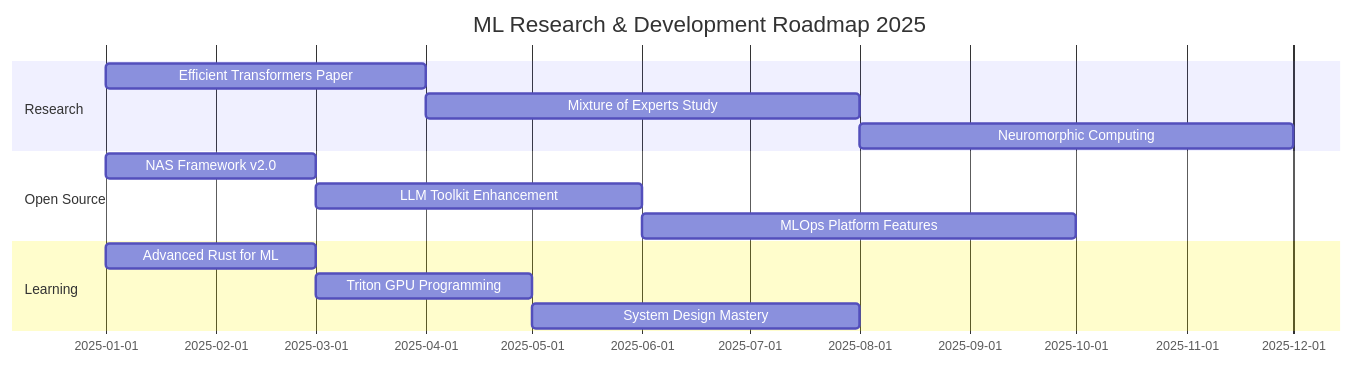
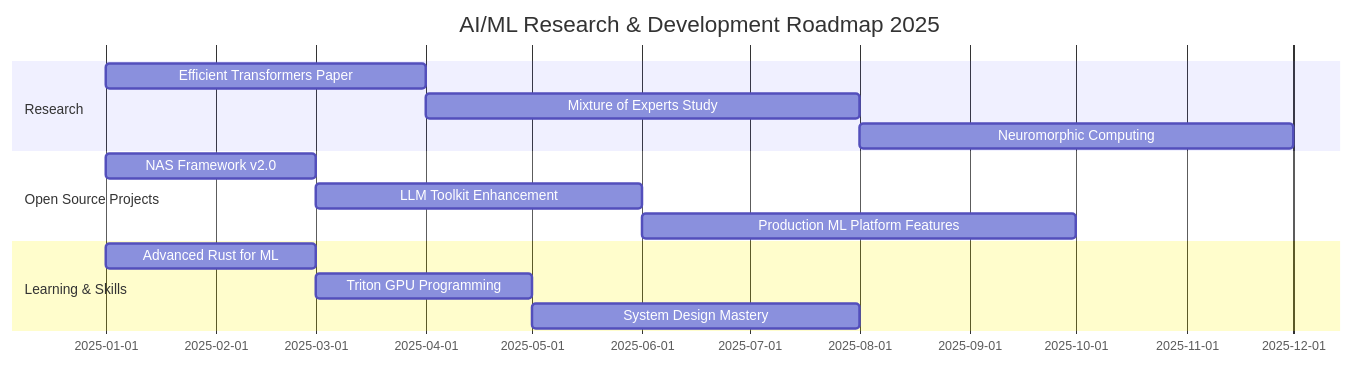
One commit to shivamprasad1001/shivamprasad1001 changed the second of 2 diagrams in README.md. Above: the diagram before and after it, drawn with Mermaid. The commit also changed other lines of this file, not shown here.

````diff
--- a/README.md
+++ b/README.md
@@ -256,17 +256,18 @@
 ```mermaid
 gantt
-    title ML Research & Development Roadmap 2025
+    title AI/ML Research & Development Roadmap 2025
     dateFormat YYYY-MM
     section Research
     Efficient Transformers Paper     :2025-01, 3M
     Mixture of Experts Study         :2025-04, 4M
     Neuromorphic Computing           :2025-08, 4M
-    section Open Source
+    section Open Source Projects
     NAS Framework v2.0               :2025-01, 2M
     LLM Toolkit Enhancement          :2025-03, 3M
-    MLOps Platform Features          :2025-06, 4M
-    section Learning
+    Production ML Platform Features  :2025-06, 4M
+    section Learning & Skills
     Advanced Rust for ML             :2025-01, 2M
     Triton GPU Programming           :2025-03, 2M
     System Design Mastery            :2025-05, 3M
+
 ```
````
